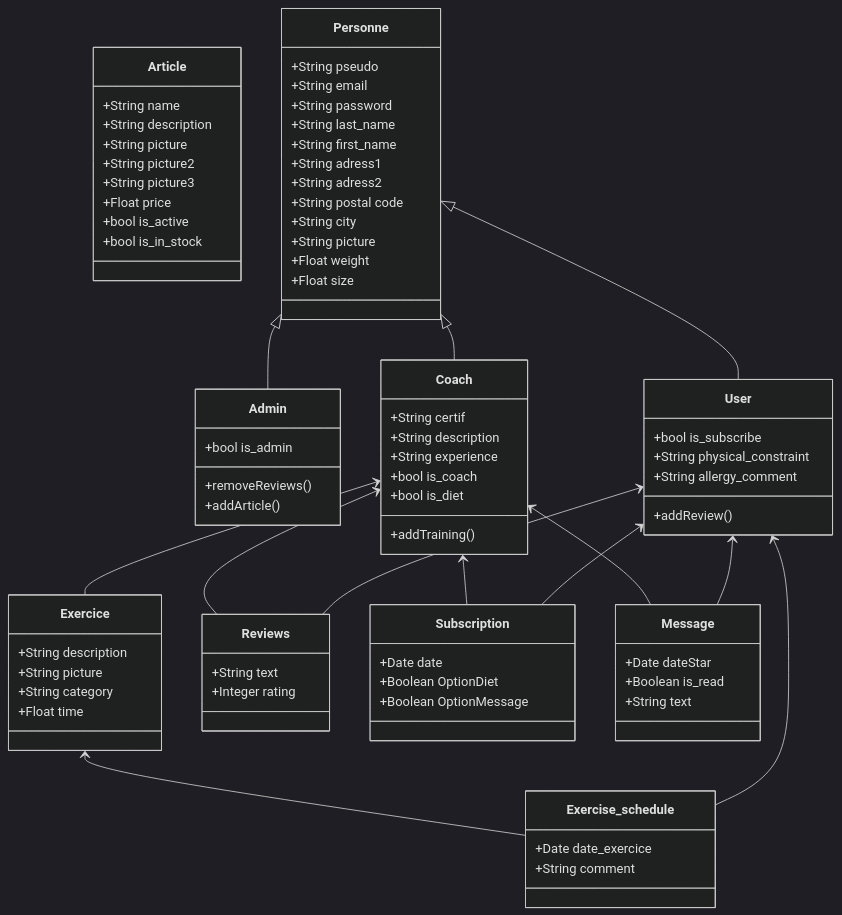
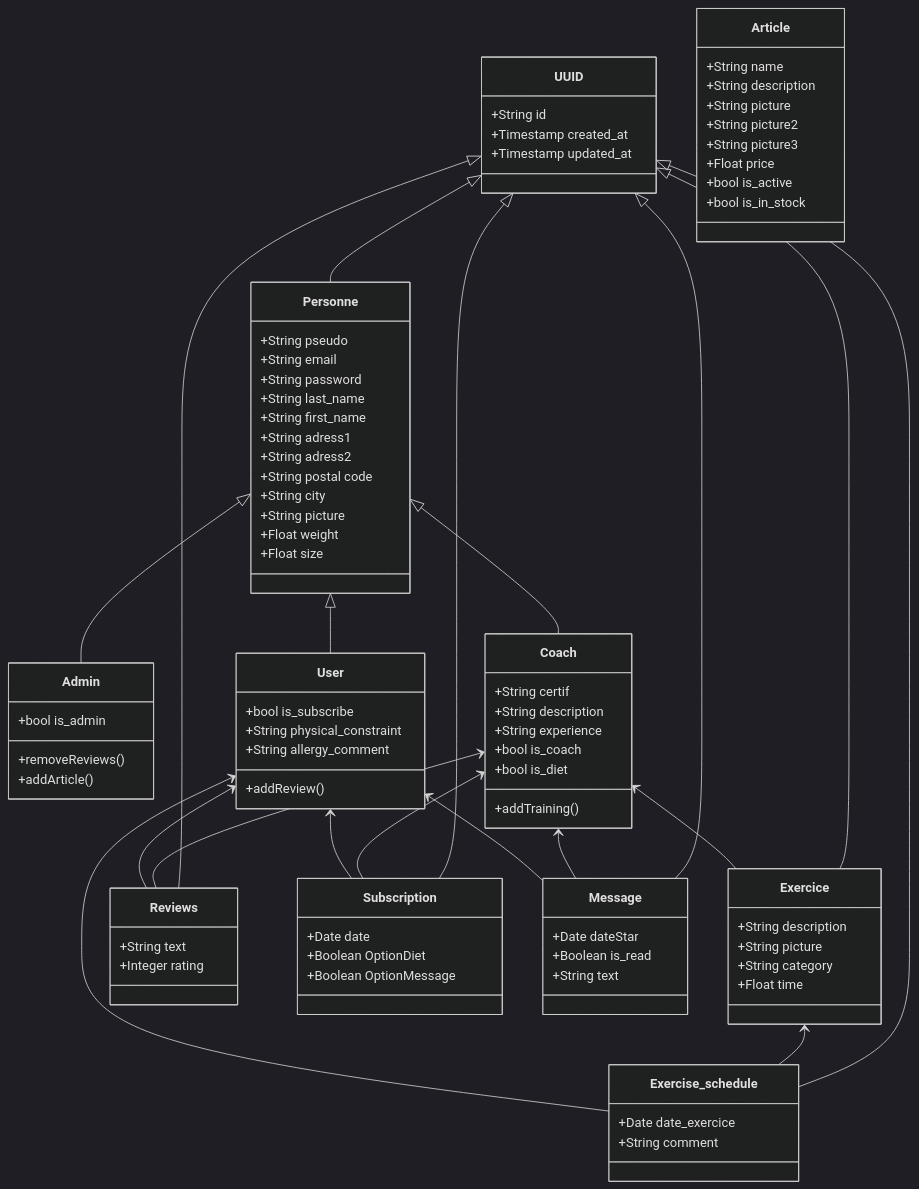
Before and after one commit to Genia888/FitnessHub: the diagram in Documentation/class_diagram.md, drawn with Mermaid (dark theme).

````diff
--- a/Documentation/class_diagram.md
+++ b/Documentation/class_diagram.md
@@ -3,6 +3,12 @@
 ```mermaid
 classDiagram
 direction TB
+	class UUID {
+		+String id
+		+Timestamp created_at
+		+Timestamp updated_at
+	}
+
     class Article {
       +String name
       +String description
@@ -81,7 +87,13 @@
 	    +Boolean is_read
 	    +String text
     }
-    
+
+	UUID <|-- Personne
+	UUID <|-- Exercise_schedule
+	UUID <|-- Exercice
+	UUID <|-- Subscription
+	UUID <|-- Message
+	UUID <|-- Reviews
     Exercice <-- Exercise_schedule
     User <-- Exercise_schedule
     Coach <-- Exercice
````
